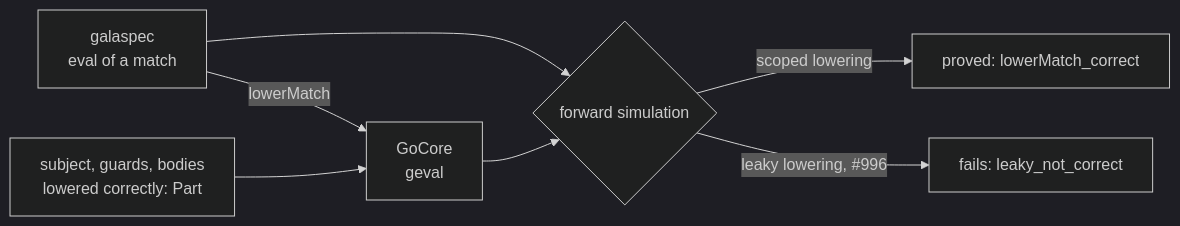
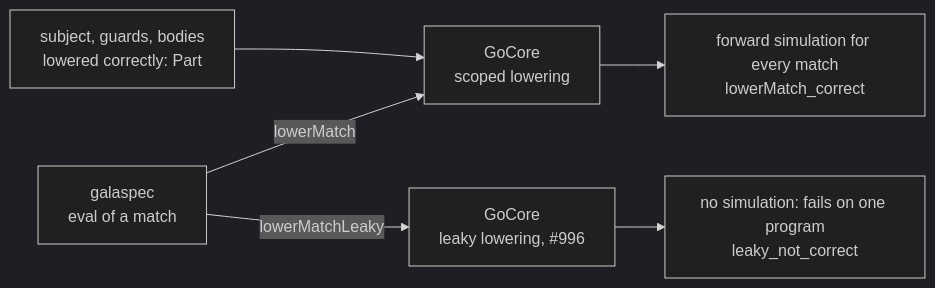
The second of 3 diagrams in formal/README.md (martianoff/gala), drawn with Mermaid (dark theme) before and after one commit.

Commit message:
formal: README diagram: the leaky lowering on its own path
Claude-Session: https://claude.ai/code/session_01UmefNM9xYSYM6F6a6YSHw4

````diff
--- a/formal/README.md
+++ b/formal/README.md
@@ -49,9 +49,8 @@
 ```mermaid
 flowchart LR
-    S[galaspec<br/>eval of a match] -->|lowerMatch| T[GoCore<br/>geval]
+    S[galaspec<br/>eval of a match] -->|lowerMatch| T[GoCore<br/>scoped lowering]
     P[subject, guards, bodies<br/>lowered correctly: Part] --> T
-    S --> E{forward simulation}
-    T --> E
-    E -->|scoped lowering| OK[proved: lowerMatch_correct]
-    E -->|leaky lowering, #996| C[fails: leaky_not_correct]
+    T --> OK[forward simulation for every match<br/>lowerMatch_correct]
+    S -->|lowerMatchLeaky| L[GoCore<br/>leaky lowering, #996]
+    L --> C[no simulation: fails on one program<br/>leaky_not_correct]
 ```
````
